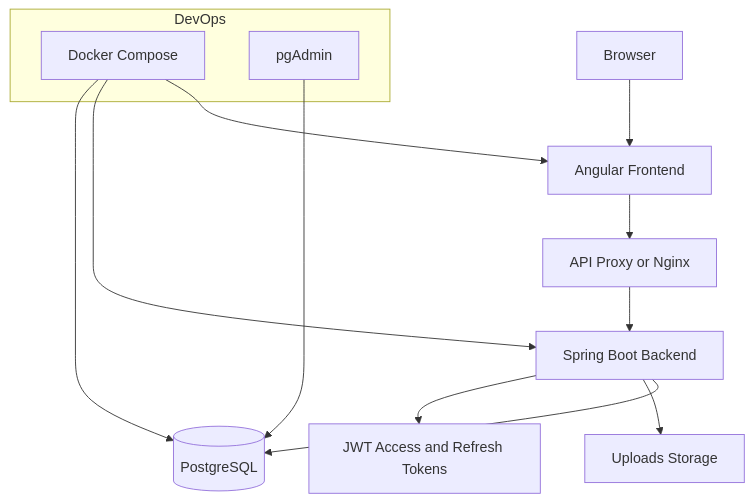
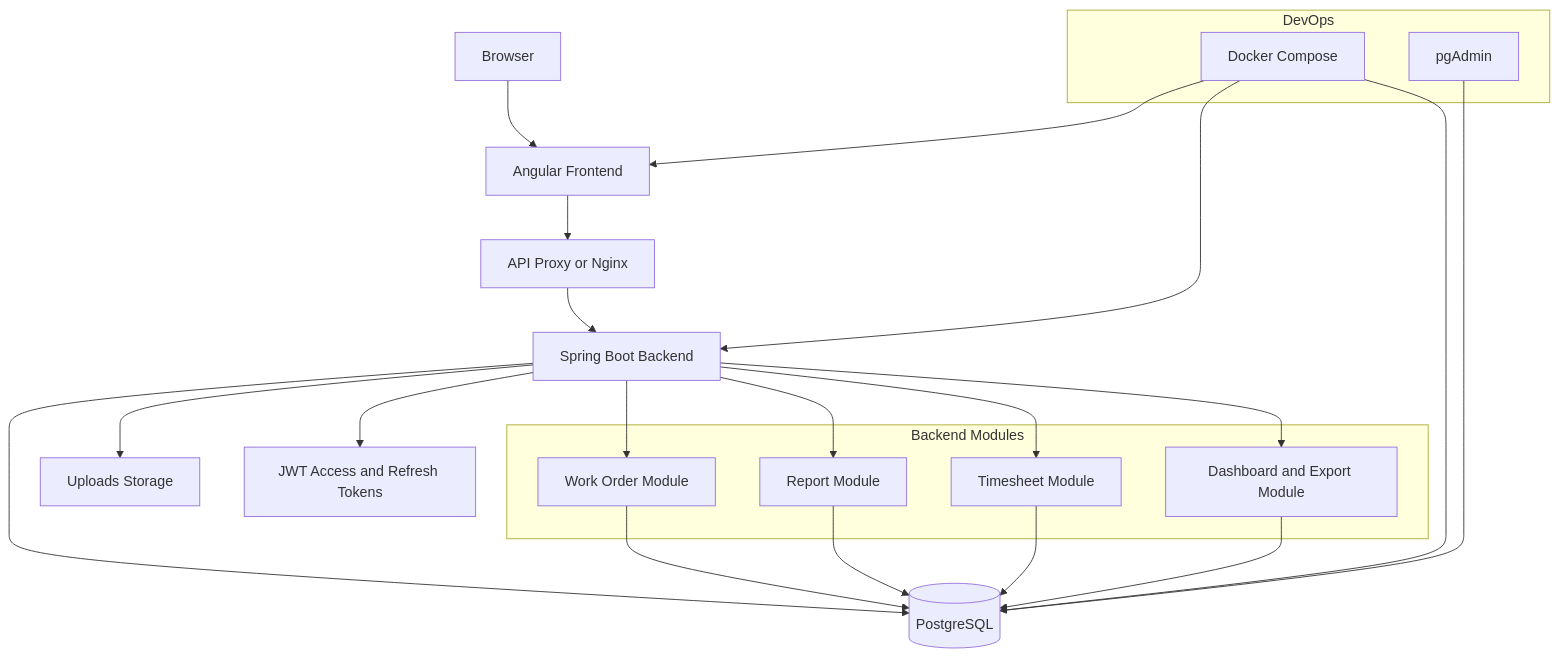
One commit to skawuma/A3-FSM-Deployment changed the second of 13 diagrams in README.MD. Above: the diagram before and after it, drawn with Mermaid. The commit also changed other lines of this file and 1 other file, not shown here.

Commit message:
Document Sprint 13 roadmap and timesheet workflows

````diff
--- a/README.MD
+++ b/README.MD
@@ -128,19 +190,35 @@
 ```mermaid
 flowchart TB
     U[Browser] --> F[Angular Frontend]
     F --> P[API Proxy or Nginx]
     P --> B[Spring Boot Backend]
     B --> DB[(PostgreSQL)]
     B --> FS[Uploads Storage]
     B --> JWT[JWT Access and Refresh Tokens]
+
+    subgraph Backend Modules
+        WO[Work Order Module]
+        REP[Report Module]
+        TS[Timesheet Module]
+        DASH[Dashboard and Export Module]
+    end
+
+    B --> WO
+    B --> REP
+    B --> TS
+    B --> DASH
+    WO --> DB
+    REP --> DB
+    TS --> DB
+    DASH --> DB
 
     subgraph DevOps
         DC[Docker Compose]
         PGA[pgAdmin]
     end
 
     DC --> F
     DC --> B
     DC --> DB
     PGA --> DB
 ```
````
